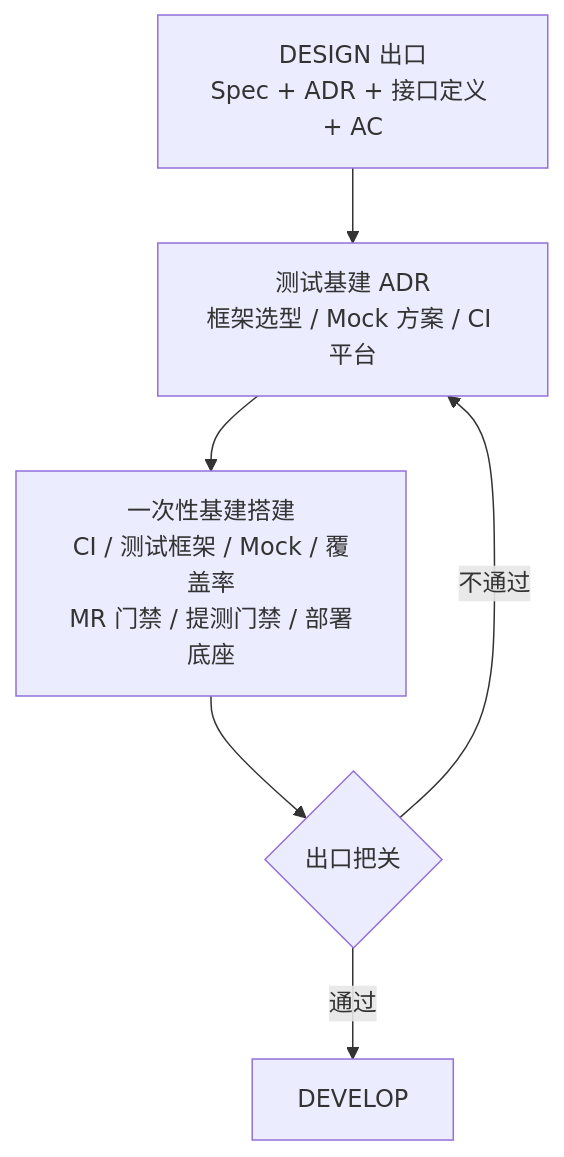
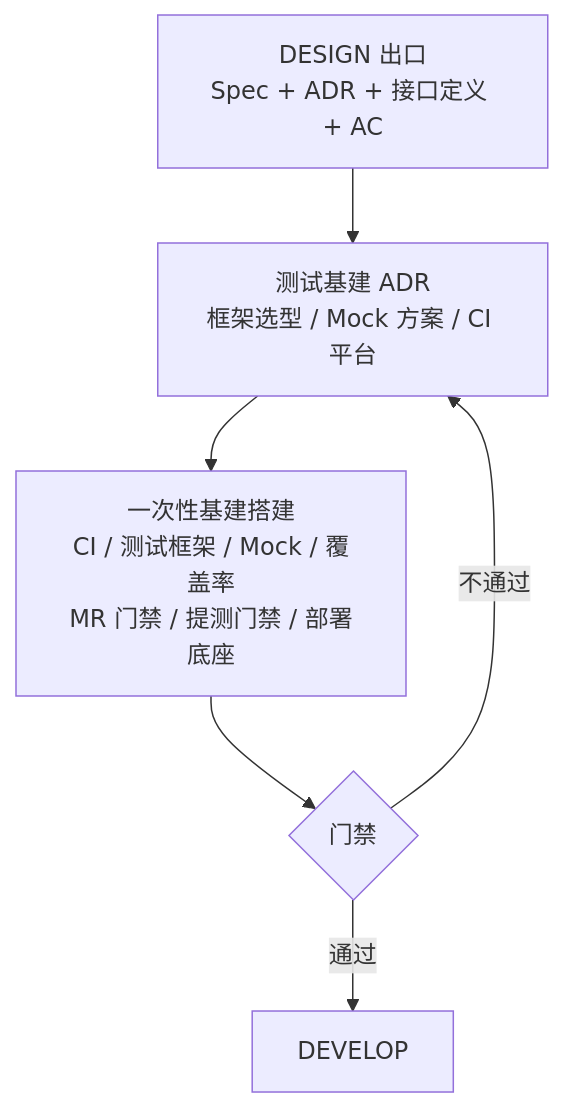
One commit to vlln/devloop changed the diagram in skills/devloop/references/phase-test-infra.md. Above: the diagram before and after it, drawn with Mermaid. The commit also changed other lines of this file and 6 other files, not shown here.

````diff
--- a/skills/devloop/references/phase-test-infra.md
+++ b/skills/devloop/references/phase-test-infra.md
@@ -11,8 +11,8 @@
 ```mermaid
 flowchart TD
     DS[DESIGN 出口<br/>Spec + ADR + 接口定义 + AC] --> TADR[测试基建 ADR<br/>框架选型 / Mock 方案 / CI 平台]
     TADR --> INFRA[一次性基建搭建<br/>CI / 测试框架 / Mock / 覆盖率<br/>MR 门禁 / 提测门禁 / 部署底座]
-    INFRA --> GATE{出口把关}
+    INFRA --> GATE{门禁}
     GATE -->|通过| DEV[DEVELOP]
     GATE -->|不通过| TADR
 ```
````
